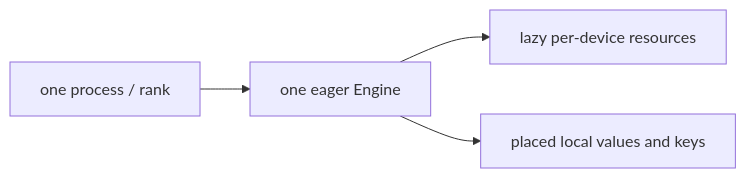
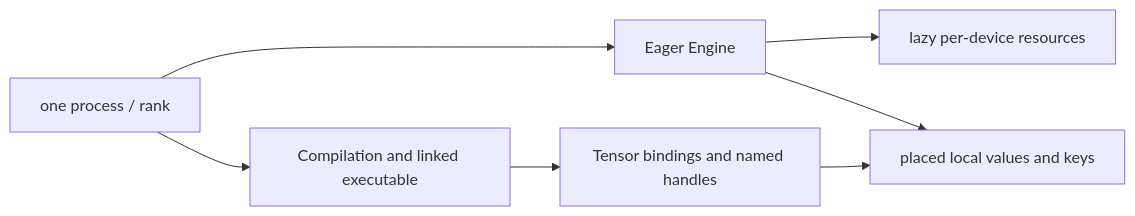
One commit to visualDust/fhelium changed the first of 3 diagrams in docs/concepts/architecture/ownership-and-responsibilities.md. Above: the diagram before and after it, drawn with Mermaid. The commit also changed other lines of this file and 426 other files, not shown here.

````diff
--- a/docs/concepts/architecture/ownership-and-responsibilities.md
+++ b/docs/concepts/architecture/ownership-and-responsibilities.md
@@ -9,9 +7,13 @@
 ```mermaid
 flowchart LR
     PROCESS["one process / rank"]
-    ENGINE["one eager Engine"]
+    ENGINE["Eager Engine"]
+    COMPILE["Compilation and linked executable"]
+    BINDINGS["Tensor bindings and named handles"]
     DEVICES["lazy per-device resources"]
     VALUES["placed local values and keys"]
     PROCESS --> ENGINE --> DEVICES
     ENGINE --> VALUES
+    PROCESS --> COMPILE --> BINDINGS
+    BINDINGS --> VALUES
 ```
````
